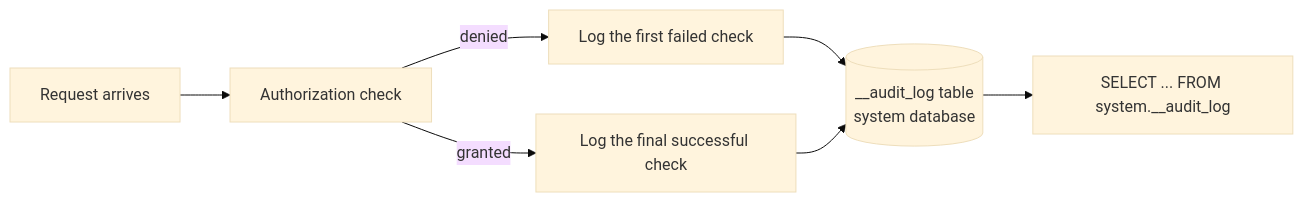
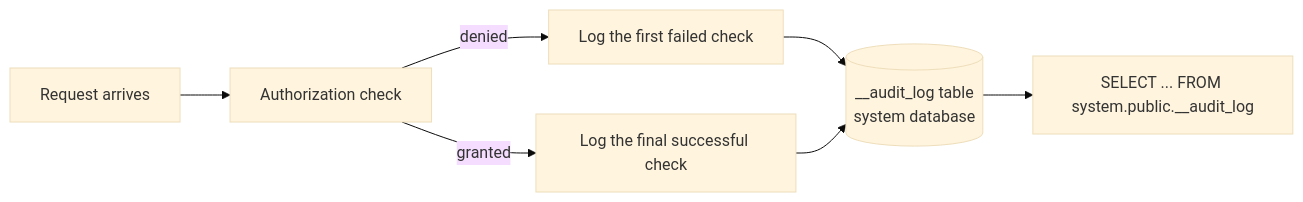
The diagram in docs/web/governance/audit-log.mdx (lancedb/lancedb), drawn with Mermaid (base theme) before and after one commit. The commit also changed other lines of this file and 47 other files, not shown here.

````diff
--- a/docs/web/governance/audit-log.mdx
+++ b/docs/web/governance/audit-log.mdx
@@ -17,9 +17,9 @@
 ```mermaid
 flowchart LR
     R["Request arrives"] --> C["Authorization check"]
     C -->|denied| L1["Log the first failed check"]
     C -->|granted| L2["Log the final successful check"]
     L1 --> T[("__audit_log table<br/>system database")]
     L2 --> T
-    T --> Q["SELECT ... FROM system.__audit_log"]
+    T --> Q["SELECT ... FROM system.public.__audit_log"]
 ```
````
